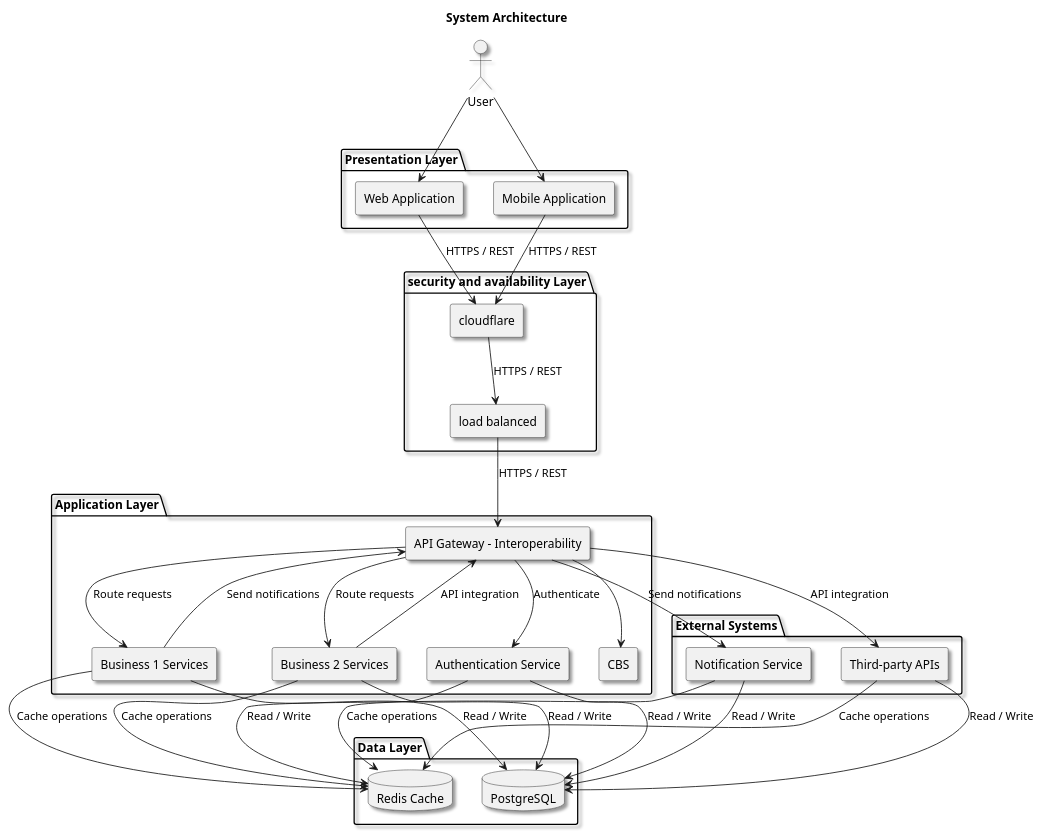
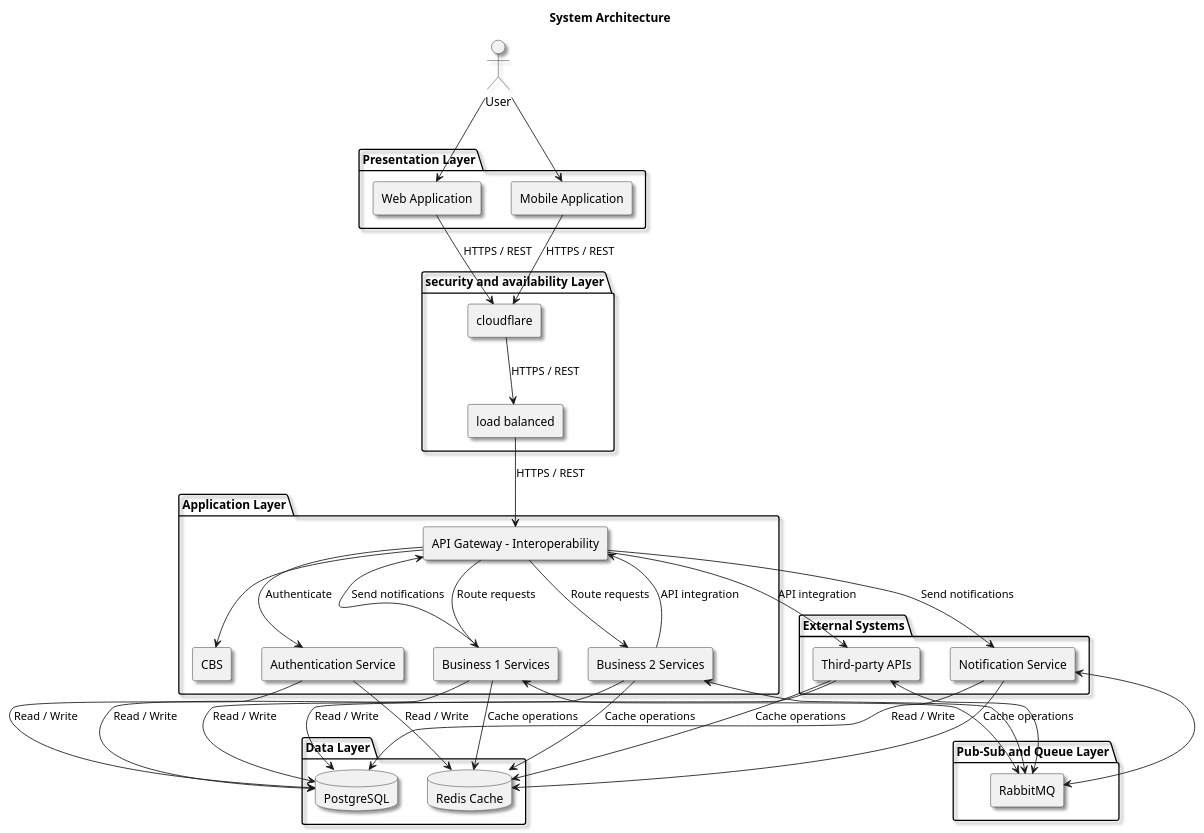
One commit to sovannotychea/ori-test changed the diagram in docs/SystemArchitecture.puml. Above: the diagram before and after it, drawn with PlantUML. The commit also changed 2 other files, not shown here.

```diff
--- a/docs/SystemArchitecture.puml
+++ b/docs/SystemArchitecture.puml
@@ -1,62 +1,70 @@
 @startuml
 title System Architecture
 
 skinparam componentStyle rectangle
 skinparam shadowing true
 
 actor User
 
 package "Presentation Layer" {
     [Web Application] as Web
     [Mobile Application] as Mobile
 }
 package "security and availability Layer" {
     [cloudflare] as cloudflare
     [load balanced] as loadbalanced
 }
 
 package "Application Layer" {
     [API Gateway - Interoperability] as Gateway
     [Authentication Service] as Auth
     [Business 1 Services] as Services1
     [Business 2 Services] as Services2
     [CBS] as cbs
+}
+package "Pub-Sub and Queue Layer" {
+    [RabbitMQ] as mq
 }
 
 package "Data Layer" {
     database "PostgreSQL" as DB
     database "Redis Cache" as Redis
 }
 
 package "External Systems" {
     [Notification Service] as Notify
     [Third-party APIs] as External
 }
 
 User --> Web
 User --> Mobile
 
 Web --> cloudflare : HTTPS / REST
 Mobile --> cloudflare : HTTPS / REST
 cloudflare --> loadbalanced : HTTPS / REST
 loadbalanced --> Gateway : HTTPS / REST
 Gateway --> Auth : Authenticate
 Gateway --> Services1 : Route requests
 Gateway --> Services2 : Route requests
 Gateway --> cbs
 Gateway --> Notify : Send notifications
 Gateway --> External : API integration
 Auth --> DB : Read / Write
 Auth --> Redis : Read / Write
 Services1 --> DB : Read / Write
 Services2 --> DB : Read / Write
 Services1 --> Redis : Cache operations
 Services2 --> Redis : Cache operations
 Services1 --> Gateway : Send notifications
 Services2 --> Gateway : API integration
 Notify --> Redis : Cache operations
 External --> Redis : Cache operations
 Notify --> DB : Read / Write
 External --> DB : Read / Write
 
+
+Services1<-->mq
+Services2<-->mq
+Notify <--> mq
+External <--> mq
 @enduml
```
